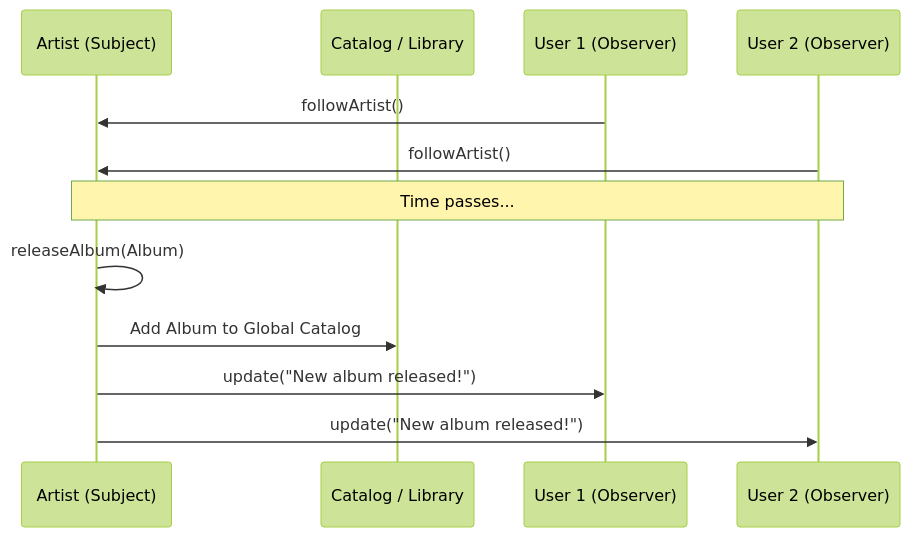
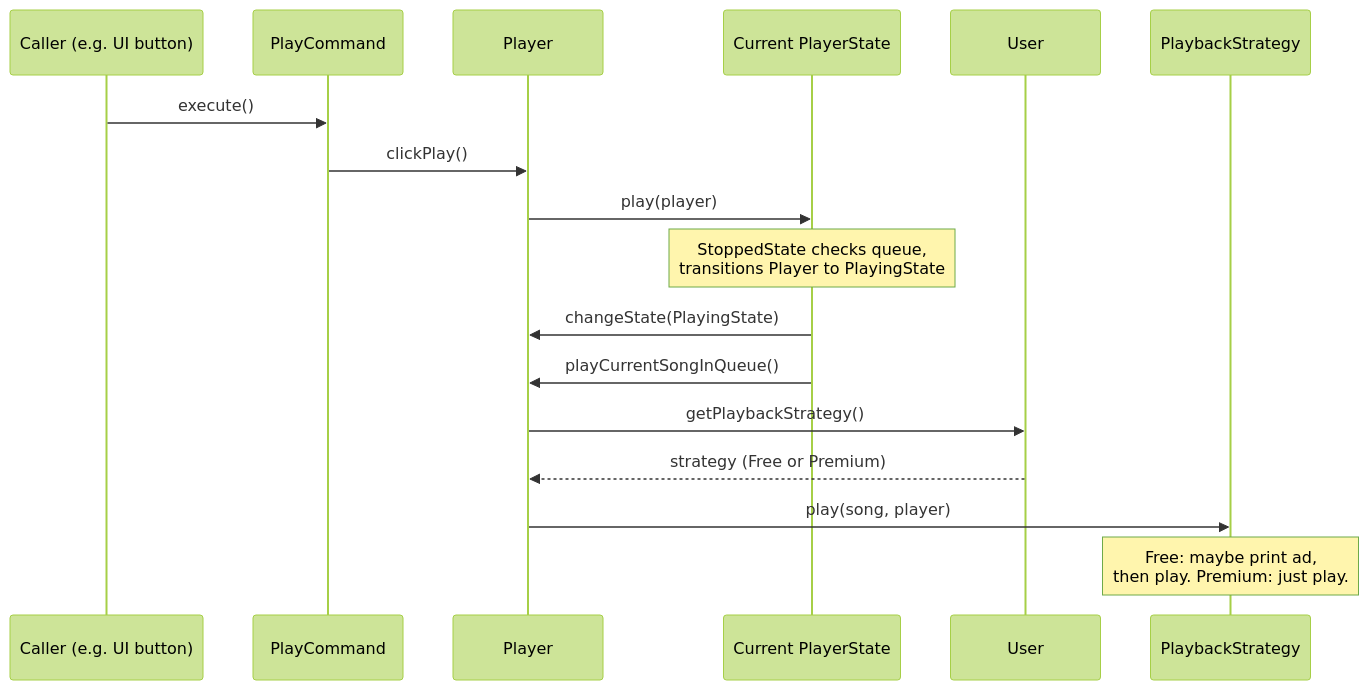
Before and after one commit to bhargavtenali/awesome-low-level-design: the second of 5 diagrams in solutions/java/src/musicstreamingservice/music-streaming-system-lld-interview.md, drawn with Mermaid (forest theme). The commit also changed other lines of this file, not shown here.

````diff
--- a/solutions/java/src/musicstreamingservice/music-streaming-system-lld-interview.md
+++ b/solutions/java/src/musicstreamingservice/music-streaming-system-lld-interview.md
@@ -108,17 +269,20 @@
 ```mermaid
 sequenceDiagram
-    participant A as Artist (Subject)
-    participant S as Catalog / Library
-    participant U1 as User 1 (Observer)
-    participant U2 as User 2 (Observer)
-    
-    U1->>A: followArtist()
-    U2->>A: followArtist()
-    
-    Note over A,U2: Time passes...
-    
-    A->>A: releaseAlbum(Album)
-    A->>S: Add Album to Global Catalog
-    A->>U1: update("New album released!")
-    A->>U2: update("New album released!")
+    participant UI as Caller (e.g. UI button)
+    participant Cmd as PlayCommand
+    participant P as Player
+    participant St as Current PlayerState
+    participant U as User
+    participant Strat as PlaybackStrategy
+
+    UI->>Cmd: execute()
+    Cmd->>P: clickPlay()
+    P->>St: play(player)
+    Note over St: StoppedState checks queue,<br/>transitions Player to PlayingState
+    St->>P: changeState(PlayingState)
+    St->>P: playCurrentSongInQueue()
+    P->>U: getPlaybackStrategy()
+    U-->>P: strategy (Free or Premium)
+    P->>Strat: play(song, player)
+    Note over Strat: Free: maybe print ad,<br/>then play. Premium: just play.
 ```
````
